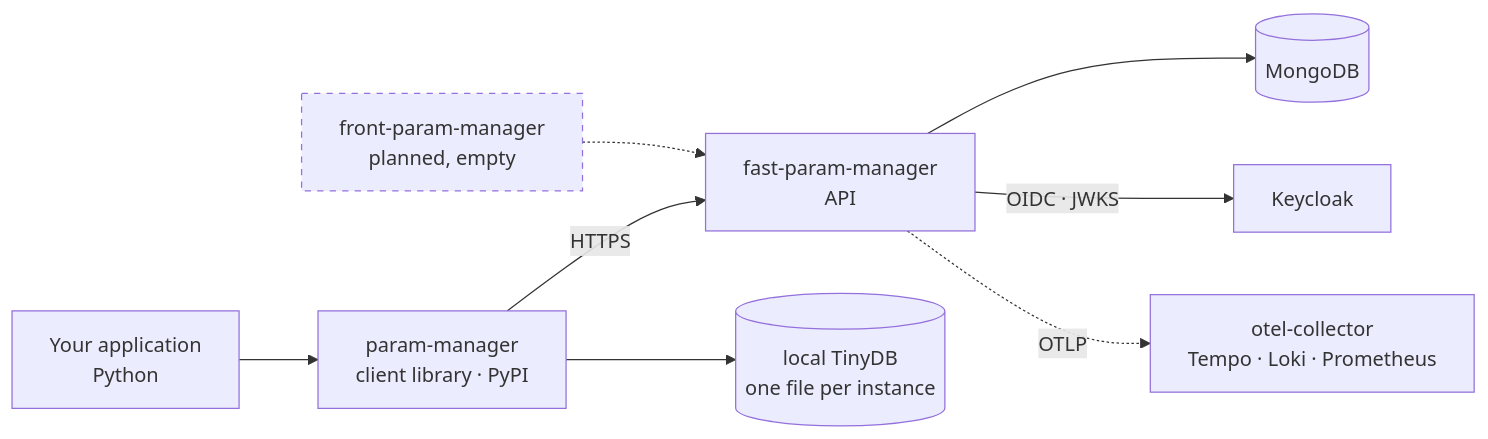
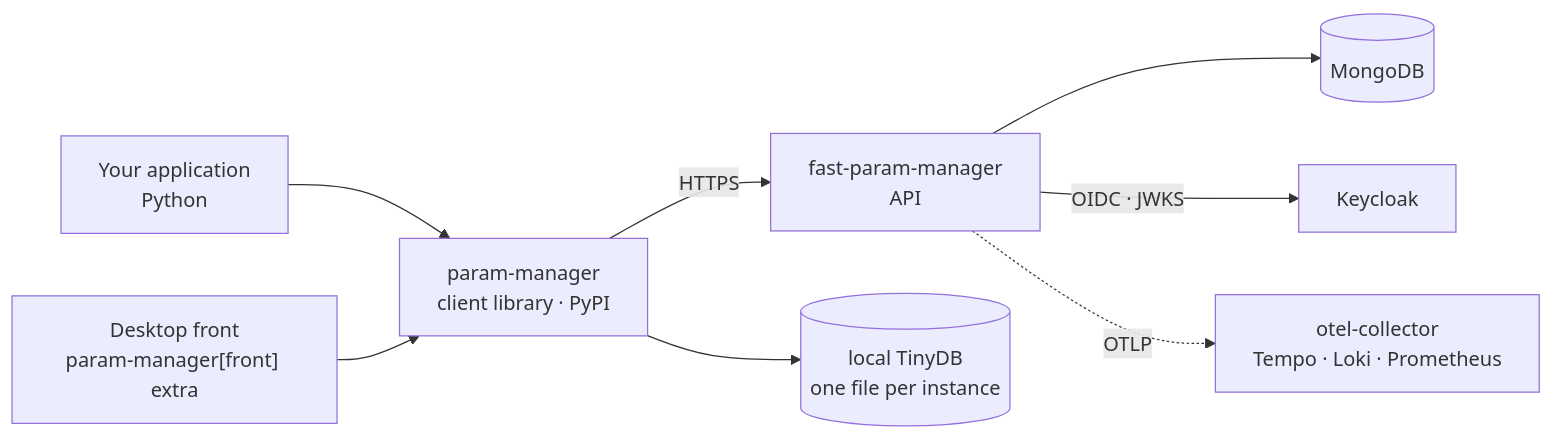
Before and after one commit to MatheusLPolidoro/docs-param-manager: the diagram in docs/produto/arquitetura.en.md, drawn with Mermaid. The commit also changed 12 other files, not shown here.

````diff
--- a/docs/produto/arquitetura.en.md
+++ b/docs/produto/arquitetura.en.md
@@ -7,15 +7,13 @@
 ```mermaid
 flowchart LR
     accTitle: Param Manager product context
-    accDescr: The user application uses the param-manager library, which speaks HTTP to the fast-param-manager API and keeps a local copy in TinyDB. The API stores data in MongoDB and delegates identity to Keycloak, exporting telemetry to the OpenTelemetry collector.
+    accDescr: The user application uses the param-manager library, which speaks HTTP to the fast-param-manager API and keeps a local copy in TinyDB. The desktop front, an extra of the library, also goes through it. The API stores data in MongoDB and delegates identity to Keycloak, exporting telemetry to the OpenTelemetry collector.
 
     APP["Your application<br/>Python"] --> LIB["param-manager<br/>client library · PyPI"]
     LIB -->|HTTPS| API["fast-param-manager<br/>API"]
     LIB --> TDB[("local TinyDB<br/>one file per instance")]
     API --> MONGO[("MongoDB")]
     API -->|OIDC · JWKS| KC["Keycloak"]
     API -.OTLP.-> OTEL["otel-collector<br/>Tempo · Loki · Prometheus"]
-    FRONT["front-param-manager<br/>planned, empty"] -.-> API
-
-    style FRONT stroke-dasharray: 5 5
+    FRONT["Desktop front<br/>param-manager[front] extra"] --> LIB
 ```
````
